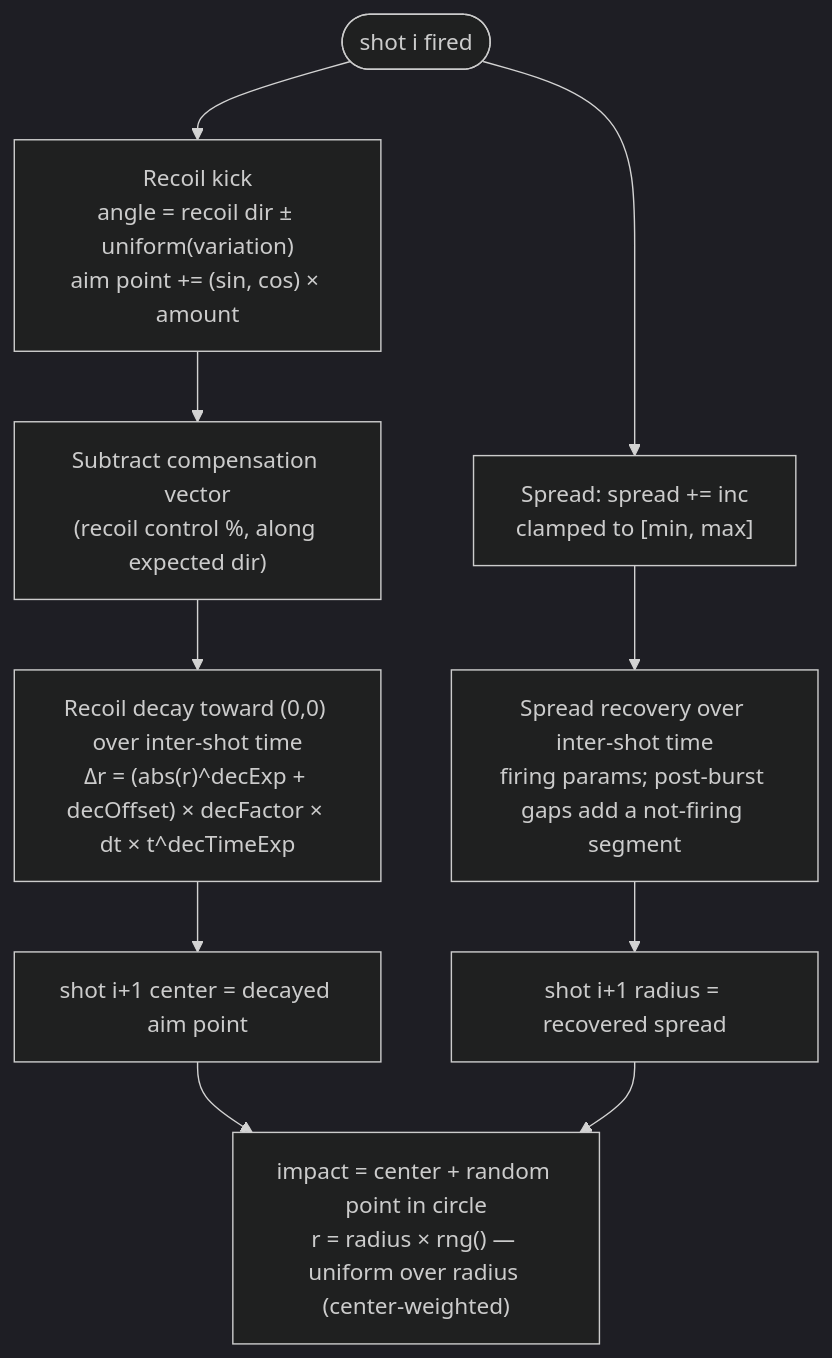
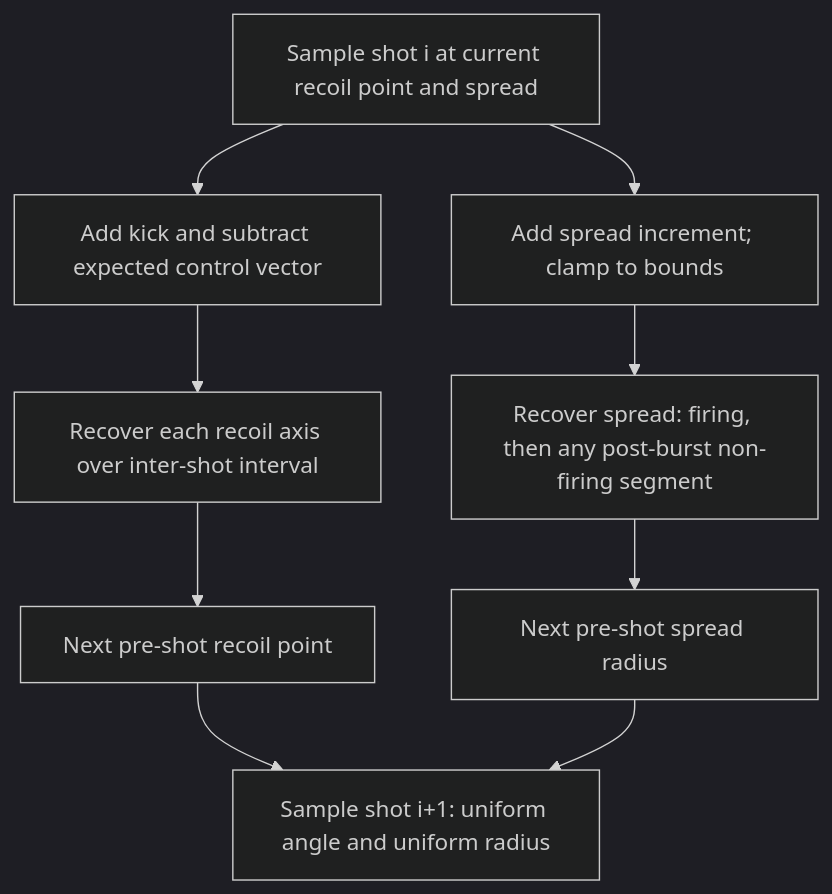
The diagram in docs/RECOIL_SPREAD_MODEL.md (raymdl/BF6-Weapon-Analyzer), drawn with Mermaid (dark theme) before and after one commit. The commit also changed other lines of this file and 35 other files, not shown here.

````diff
--- a/docs/RECOIL_SPREAD_MODEL.md
+++ b/docs/RECOIL_SPREAD_MODEL.md
@@ -19,12 +21,11 @@
 ```mermaid
 flowchart TD
-    START(["shot i fired"]) --> KICK["Recoil kick<br/>angle = recoil dir ± uniform(variation)<br/>aim point += (sin, cos) × amount"]
-    KICK --> COMP["Subtract compensation vector<br/>(recoil control %, along expected dir)"]
-    COMP --> DECAY["Recoil decay toward (0,0) over inter-shot time<br/>Δr = (abs(r)^decExp + decOffset) × decFactor × dt × t^decTimeExp"]
-    START --> SPREAD["Spread: spread += inc<br/>clamped to [min, max]"]
-    SPREAD --> RECOV["Spread recovery over inter-shot time<br/>firing params; post-burst gaps add a not-firing segment"]
-    DECAY --> CENTER["shot i+1 center = decayed aim point"]
-    RECOV --> RADIUS["shot i+1 radius = recovered spread"]
-    CENTER --> SAMPLE["impact = center + random point in circle<br/>r = radius × rng() — uniform over radius (center-weighted)"]
+    START["Sample shot i at current recoil point and spread"] --> KICK["Add kick and subtract expected control vector"]
+    KICK --> DECAY["Recover each recoil axis over inter-shot interval"]
+    START --> SPREAD["Add spread increment; clamp to bounds"]
+    SPREAD --> RECOV["Recover spread: firing, then any post-burst non-firing segment"]
+    DECAY --> CENTER["Next pre-shot recoil point"]
+    RECOV --> RADIUS["Next pre-shot spread radius"]
+    CENTER --> SAMPLE["Sample shot i+1: uniform angle and uniform radius"]
     RADIUS --> SAMPLE
 ```
````
